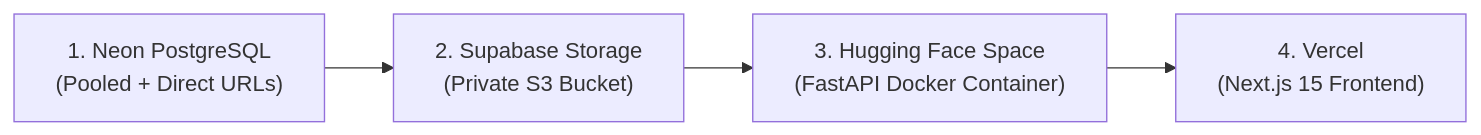
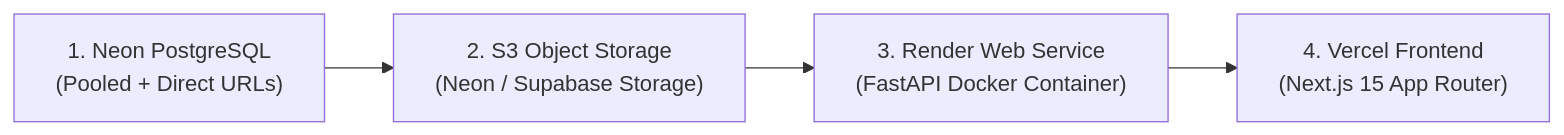
Before and after one commit to BalajiMogarge/Finance-Flow-AI: the diagram in docs/DEPLOYMENT.md, drawn with Mermaid. The commit also changed other lines of this file and 27 other files, not shown here.

````diff
--- a/docs/DEPLOYMENT.md
+++ b/docs/DEPLOYMENT.md
@@ -5,6 +5,6 @@
 ```mermaid
 flowchart LR
-    Step1["1. Neon PostgreSQL\n(Pooled + Direct URLs)"] --> Step2["2. Supabase Storage\n(Private S3 Bucket)"]
-    Step2 --> Step3["3. Hugging Face Space\n(FastAPI Docker Container)"]
-    Step3 --> Step4["4. Vercel\n(Next.js 15 Frontend)"]
+    Step1["1. Neon PostgreSQL\n(Pooled + Direct URLs)"] --> Step2["2. S3 Object Storage\n(Neon / Supabase Storage)"]
+    Step2 --> Step3["3. Render Web Service\n(FastAPI Docker Container)"]
+    Step3 --> Step4["4. Vercel Frontend\n(Next.js 15 App Router)"]
 ```
````
